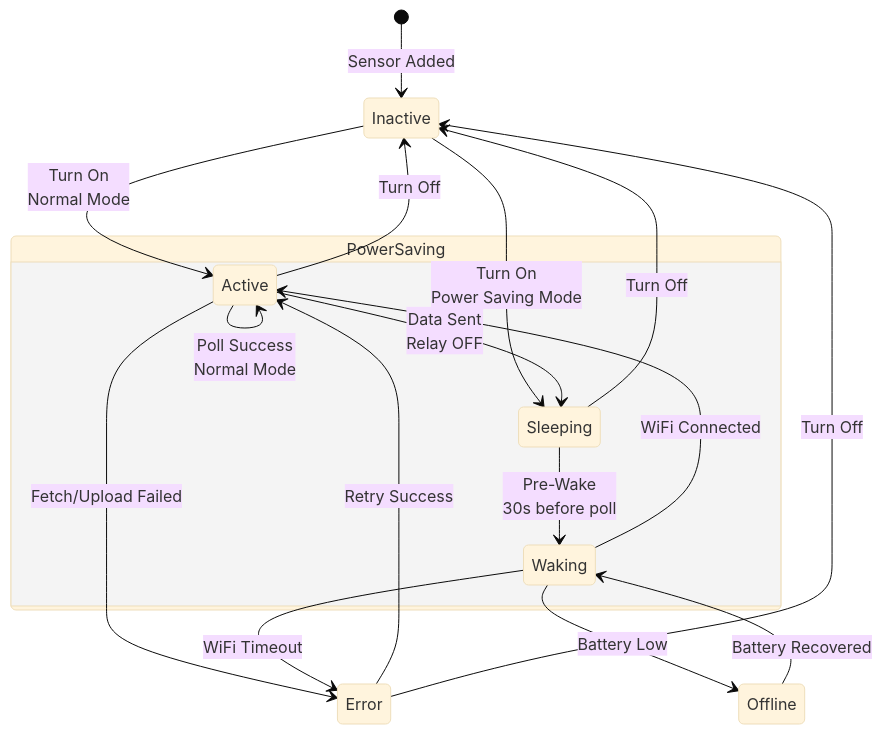
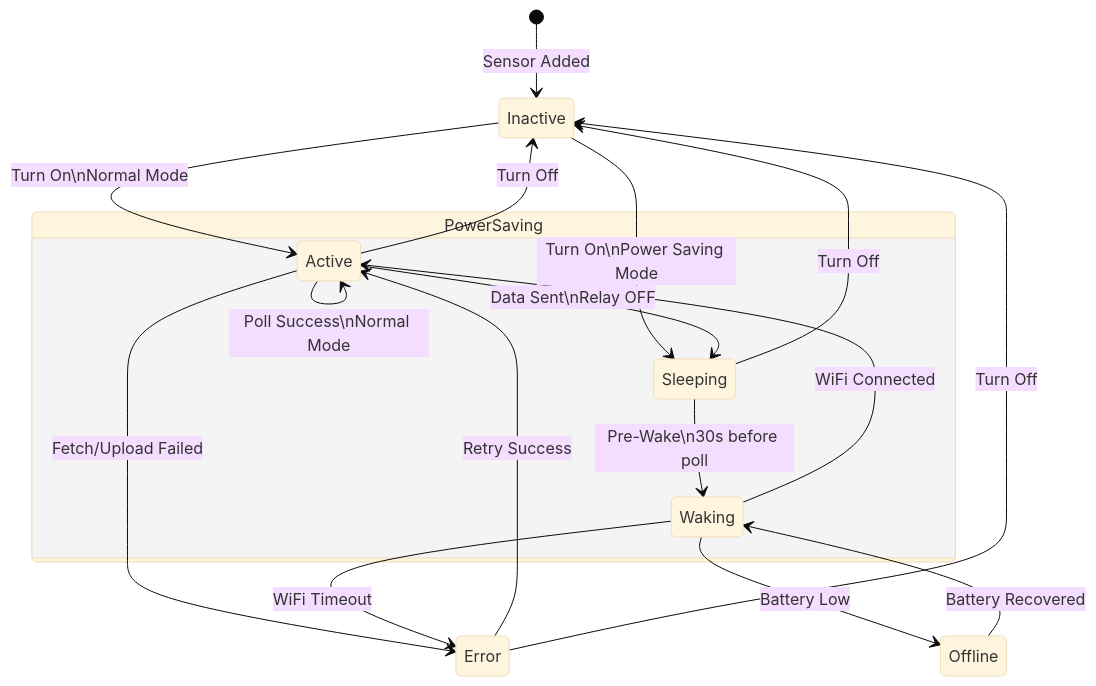
One commit to Environmental-Dashboard/sensor-data-collector changed the third of 9 diagrams in ARCHITECTURES.md. Above: the diagram before and after it, drawn with Mermaid (base theme). The commit also changed other lines of this file and 1 other file, not shown here.

First line of the commit message:
Fix Mermaid diagrams in architecture docs

````diff
--- a/ARCHITECTURES.md
+++ b/ARCHITECTURES.md
@@ -105,26 +105,26 @@
 ```mermaid
 stateDiagram-v2
     [*] --> Inactive: Sensor Added
     
-    Inactive --> Active: Turn On<br/>Normal Mode
-    Inactive --> Sleeping: Turn On<br/>Power Saving Mode
+    Inactive --> Active: Turn On\nNormal Mode
+    Inactive --> Sleeping: Turn On\nPower Saving Mode
     
     state PowerSaving {
-        Sleeping --> Waking: Pre-Wake<br/>30s before poll
+        Sleeping --> Waking: Pre-Wake\n30s before poll
         Waking --> Active: WiFi Connected
-        Active --> Sleeping: Data Sent<br/>Relay OFF
+        Active --> Sleeping: Data Sent\nRelay OFF
     }
     
-    Active --> Active: Poll Success<br/>Normal Mode
+    Active --> Active: Poll Success\nNormal Mode
     
     Active --> Error: Fetch/Upload Failed
     Waking --> Error: WiFi Timeout
     Waking --> Offline: Battery Low
     
     Error --> Active: Retry Success
     Offline --> Waking: Battery Recovered
     
     Active --> Inactive: Turn Off
     Sleeping --> Inactive: Turn Off
     Error --> Inactive: Turn Off
 ```
````
